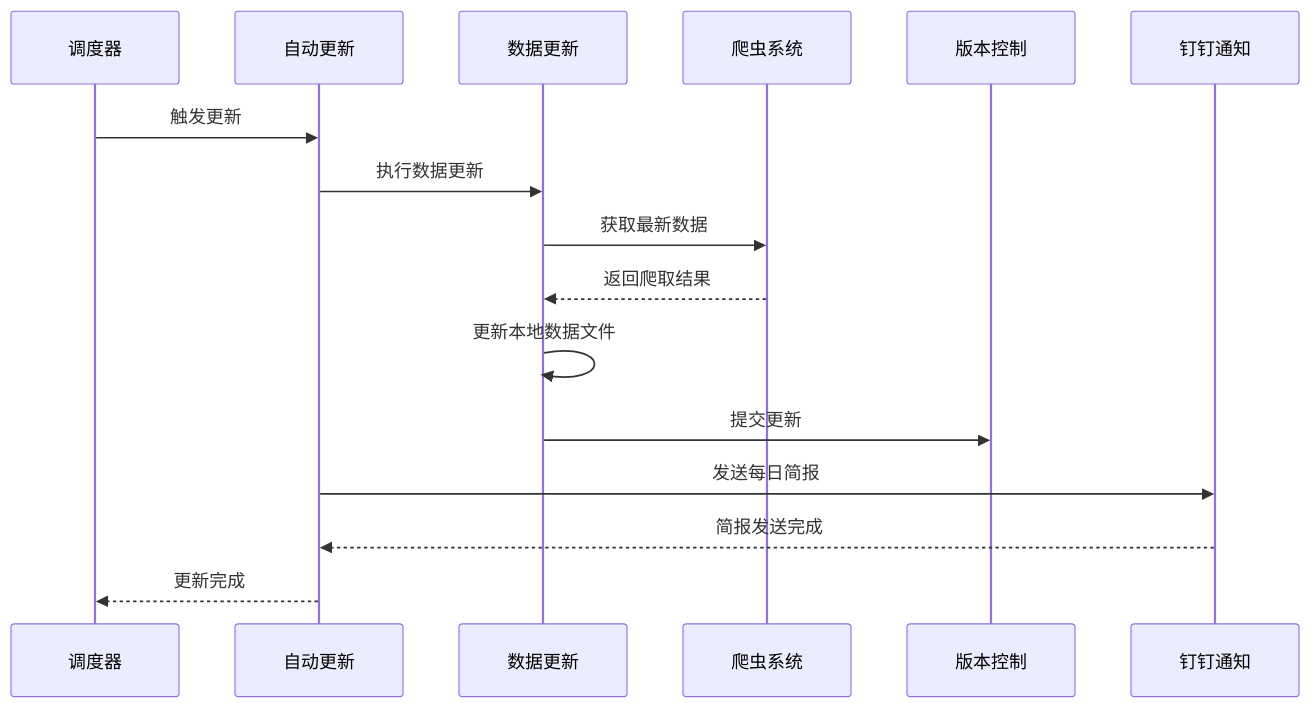
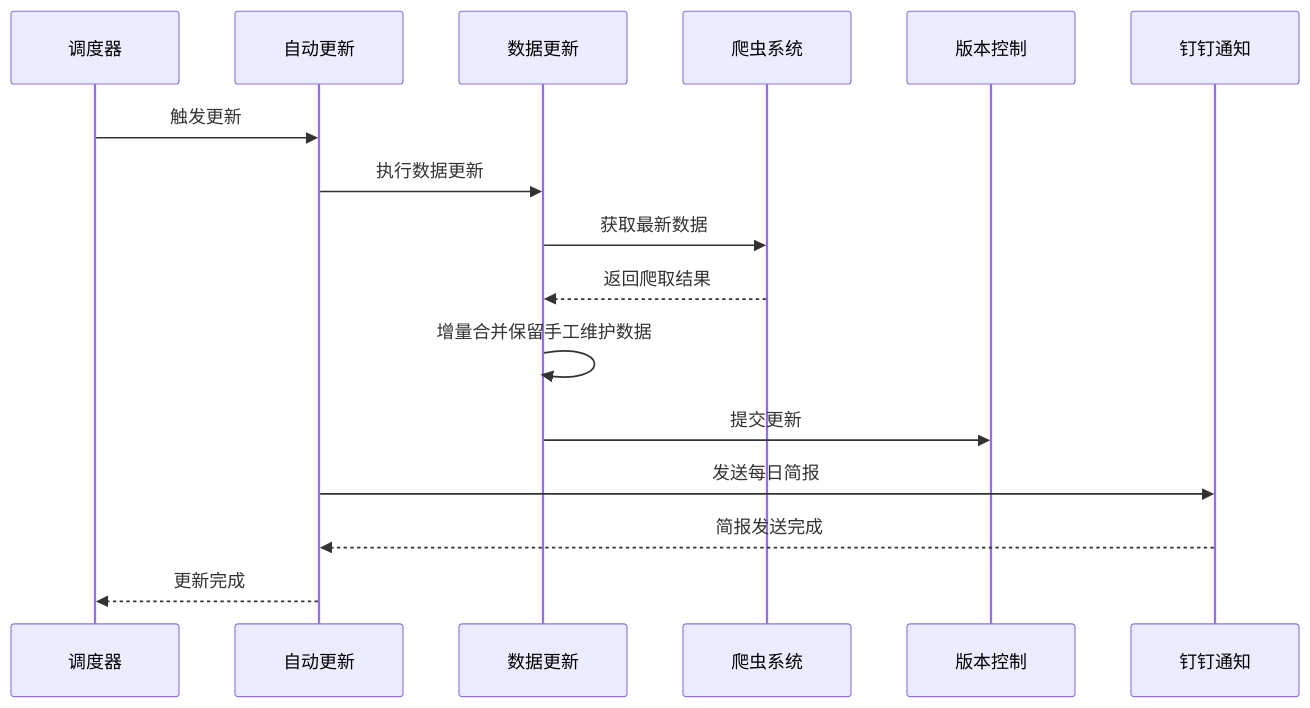
Before and after one commit to liangxuanliang-cmd/carbon-info-agent: the seventh of 10 diagrams in .qoder/repowiki/zh/content/数据管理/政策数据管理/扩展的政策数据管理.md, drawn with Mermaid. The commit also changed other lines of this file and 21 other files, not shown here.

````diff
--- a/.qoder/repowiki/zh/content/数据管理/政策数据管理/扩展的政策数据管理.md
+++ b/.qoder/repowiki/zh/content/数据管理/政策数据管理/扩展的政策数据管理.md
@@ -410,18 +371,18 @@
 ```mermaid
 sequenceDiagram
 participant Scheduler as 调度器
 participant AutoUpdate as 自动更新
 participant UpdateData as 数据更新
 participant Crawler as 爬虫系统
 Participant Git as 版本控制
 participant DingTalk as 钉钉通知
 Scheduler->>AutoUpdate : 触发更新
 AutoUpdate->>UpdateData : 执行数据更新
 UpdateData->>Crawler : 获取最新数据
 Crawler-->>UpdateData : 返回爬取结果
-UpdateData->>UpdateData : 更新本地数据文件
+UpdateData->>UpdateData : 增量合并保留手工维护数据
 UpdateData->>Git : 提交更新
 AutoUpdate->>DingTalk : 发送每日简报
 DingTalk-->>AutoUpdate : 简报发送完成
 AutoUpdate-->>Scheduler : 更新完成
 ```
````
